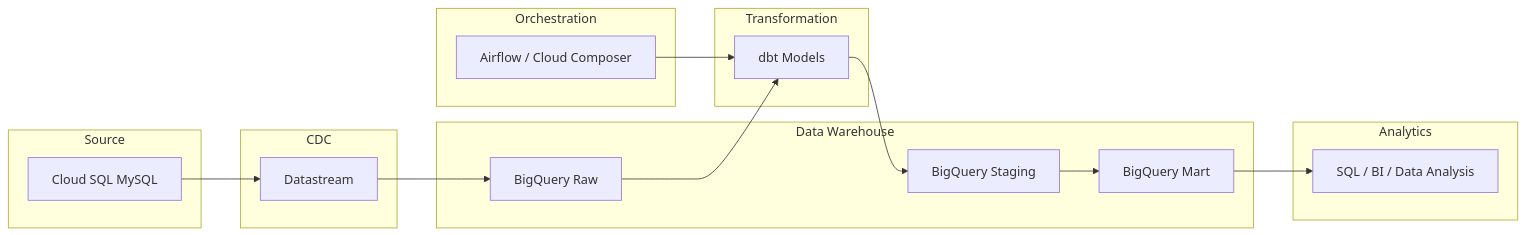
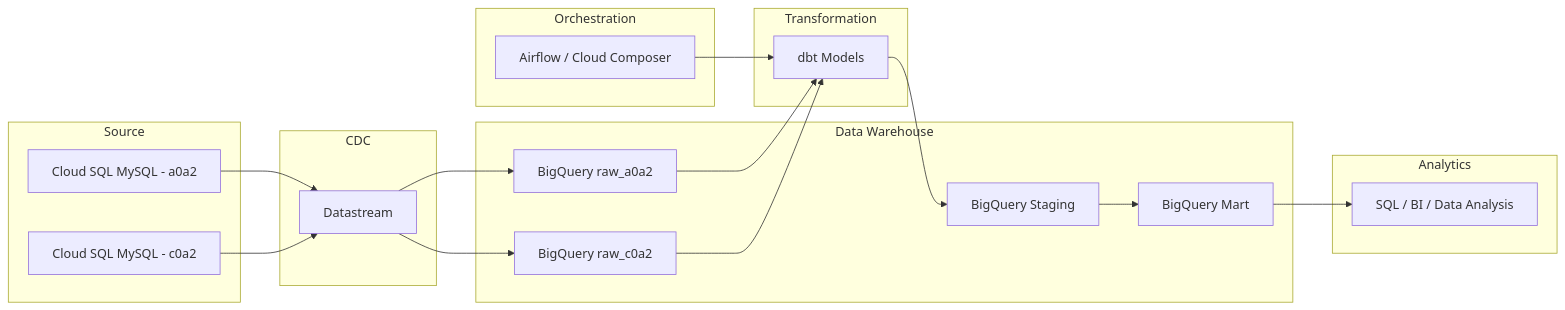
The diagram in architecture/architecture.md (rexliu0112/aurora-data-platform-demo), drawn with Mermaid before and after one commit. The commit also changed other lines of this file and 3 other files, not shown here.

Commit message:
docs:update architecture doc and project_scope

````diff
--- a/architecture/architecture.md
+++ b/architecture/architecture.md
@@ -191,37 +266,42 @@
 ```mermaid
 flowchart LR
 
 subgraph Source
-A[Cloud SQL MySQL]
+A1[Cloud SQL MySQL - a0a2]
+A2[Cloud SQL MySQL - c0a2]
 end
 
 subgraph CDC
 B[Datastream]
 end
 
 subgraph Data Warehouse
-C[BigQuery Raw]
+C1[BigQuery raw_a0a2]
+C2[BigQuery raw_c0a2]
 D[BigQuery Staging]
 E[BigQuery Mart]
 end
 
 subgraph Transformation
 F[dbt Models]
 end
 
 subgraph Orchestration
 G[Airflow / Cloud Composer]
 end
 
 subgraph Analytics
 H[SQL / BI / Data Analysis]
 end
 
-A --> B
-B --> C
-C --> F
+A1 --> B
+A2 --> B
+B --> C1
+B --> C2
+C1 --> F
+C2 --> F
 F --> D
 D --> E
 E --> H
 G --> F
 ```
````
